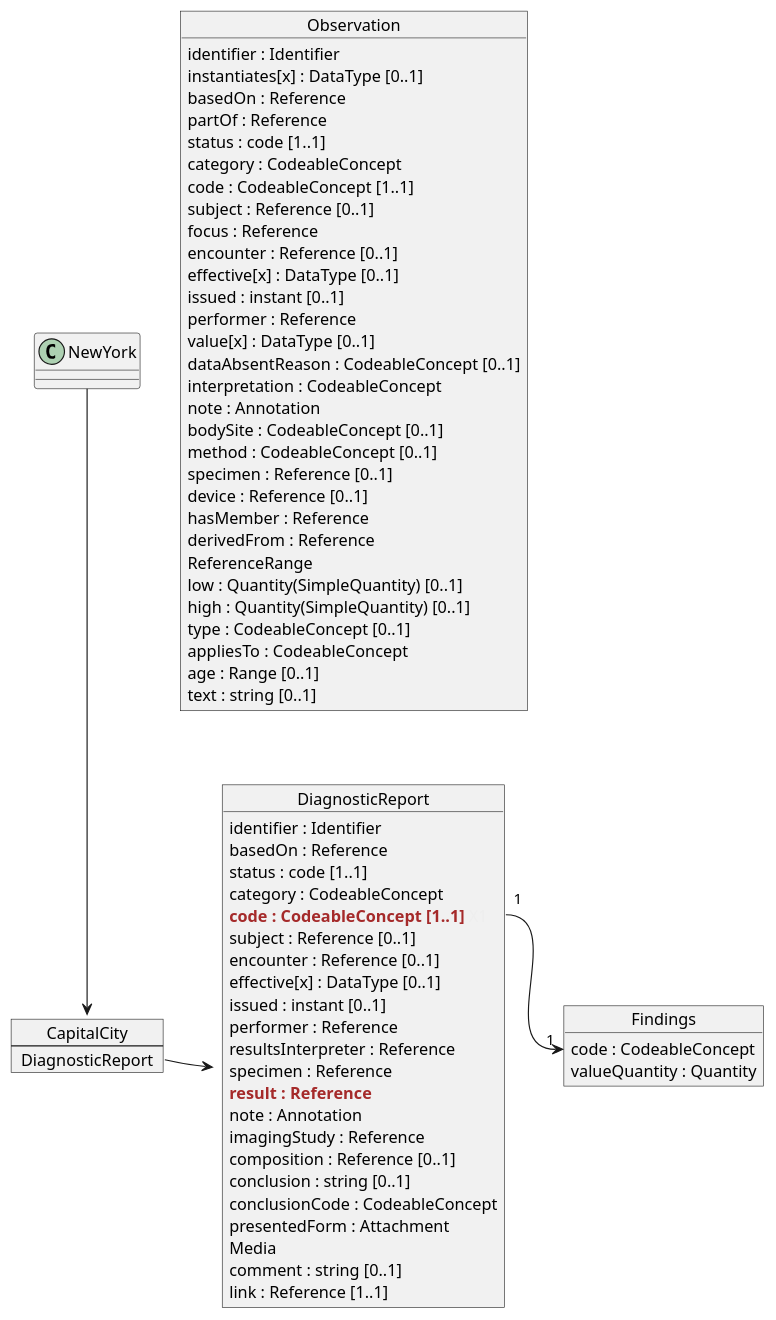
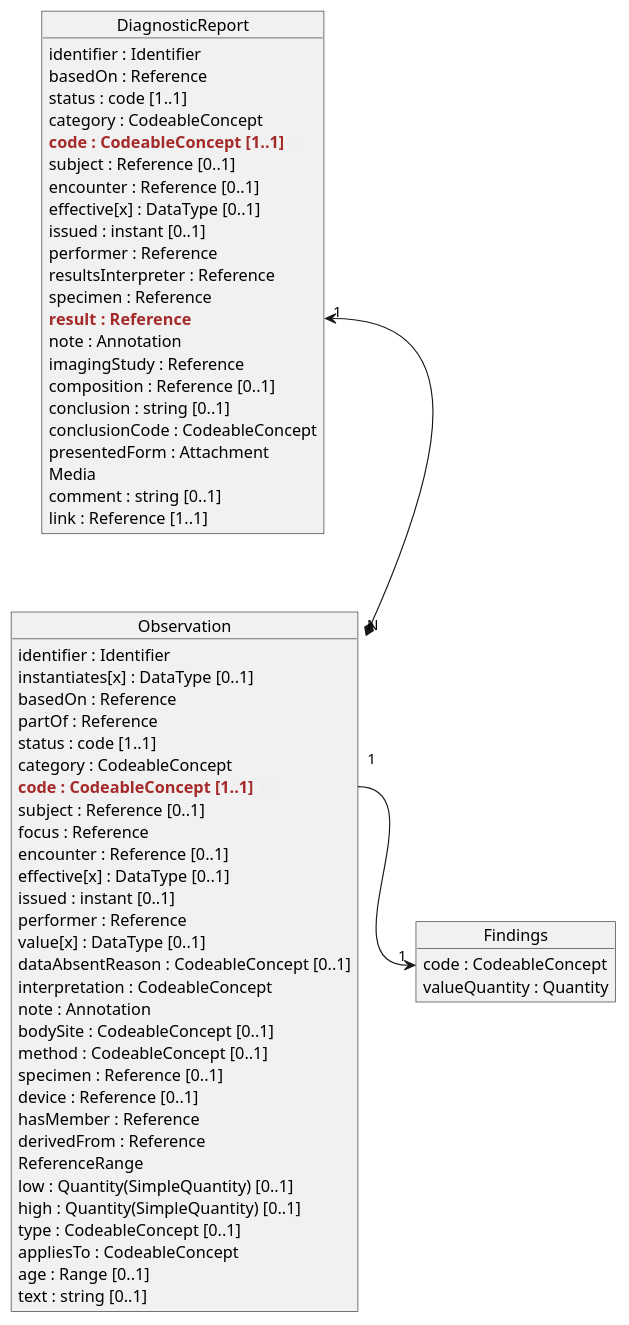
One commit to xmiao/AI.interoperability changed the diagram in images-source/doc.puml. Above: the diagram before and after it, drawn with PlantUML.

```diff
--- a/images-source/doc.puml
+++ b/images-source/doc.puml
@@ -1,78 +1,80 @@
 @startuml
 'https://plantuml.com/object-diagram
 
 object DiagnosticReport {
     identifier : Identifier
     basedOn : Reference
     status : code [1..1]
     category : CodeableConcept
     <b><color brown>code : CodeableConcept [1..1]</color></b> <color #eee>X1</color>
     subject : Reference [0..1]
     encounter : Reference [0..1]
     effective[x] : DataType [0..1]
     issued : instant [0..1]
     performer : Reference
     resultsInterpreter : Reference
     specimen : Reference
     <b><color brown>result : Reference</color></b>
     note : Annotation
     imagingStudy : Reference
     composition : Reference [0..1]
     conclusion : string [0..1]
     conclusionCode : CodeableConcept
     presentedForm : Attachment
     Media
     comment : string [0..1]
     link : Reference [1..1]
 }
 
 object Findings {
     code : CodeableConcept
     valueQuantity : Quantity
 }
 
-DiagnosticReport::X1 "1" -> "1" Findings::code
 
 
 object Observation{
     identifier : Identifier
     instantiates[x] : DataType [0..1]
     basedOn : Reference
     partOf : Reference
     status : code [1..1]
     category : CodeableConcept
-    code : CodeableConcept [1..1]
+    <b><color brown>code : CodeableConcept [1..1]</color></b> <color #eee>X1</color>
     subject : Reference [0..1]
     focus : Reference
     encounter : Reference [0..1]
     effective[x] : DataType [0..1]
     issued : instant [0..1]
     performer : Reference
     value[x] : DataType [0..1]
     dataAbsentReason : CodeableConcept [0..1]
     interpretation : CodeableConcept
     note : Annotation
     bodySite : CodeableConcept [0..1]
     method : CodeableConcept [0..1]
     specimen : Reference [0..1]
     device : Reference [0..1]
     hasMember : Reference
     derivedFrom : Reference
     ReferenceRange
     low : Quantity(SimpleQuantity) [0..1]
     high : Quantity(SimpleQuantity) [0..1]
     type : CodeableConcept [0..1]
     appliesTo : CodeableConcept
     age : Range [0..1]
     text : string [0..1]
 }
 
-map CapitalCity {
-DiagnosticReport *-> DiagnosticReport
-' UK *-> London
-' USA *--> Washington
-' Germany *---> Berlin
-}
+Observation::X1 "1" -> "1" Findings::code
+DiagnosticReport::result "1" <--* "N" Observation
 
-NewYork --> CapitalCity::USA
+'map CapitalCity {
+'DiagnosticReport *-> DiagnosticReport
+'' UK *-> London
+'' USA *--> Washington
+'' Germany *---> Berlin
+'}
+
+'NewYork --> CapitalCity::USA
 @enduml
```
